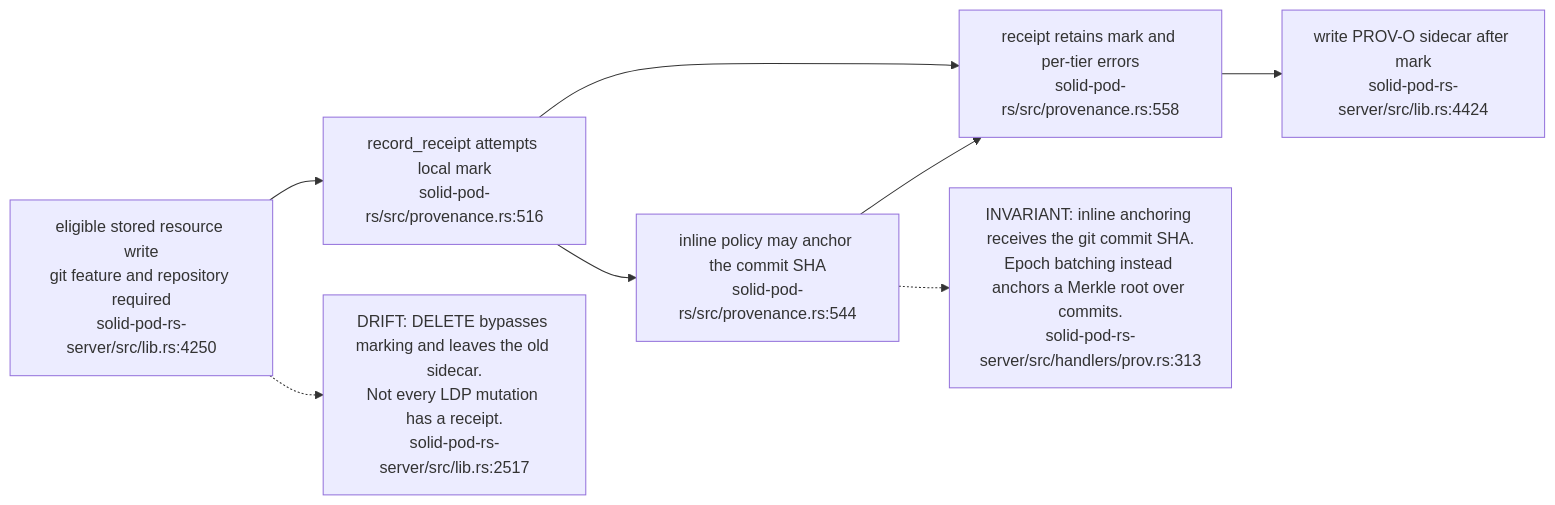
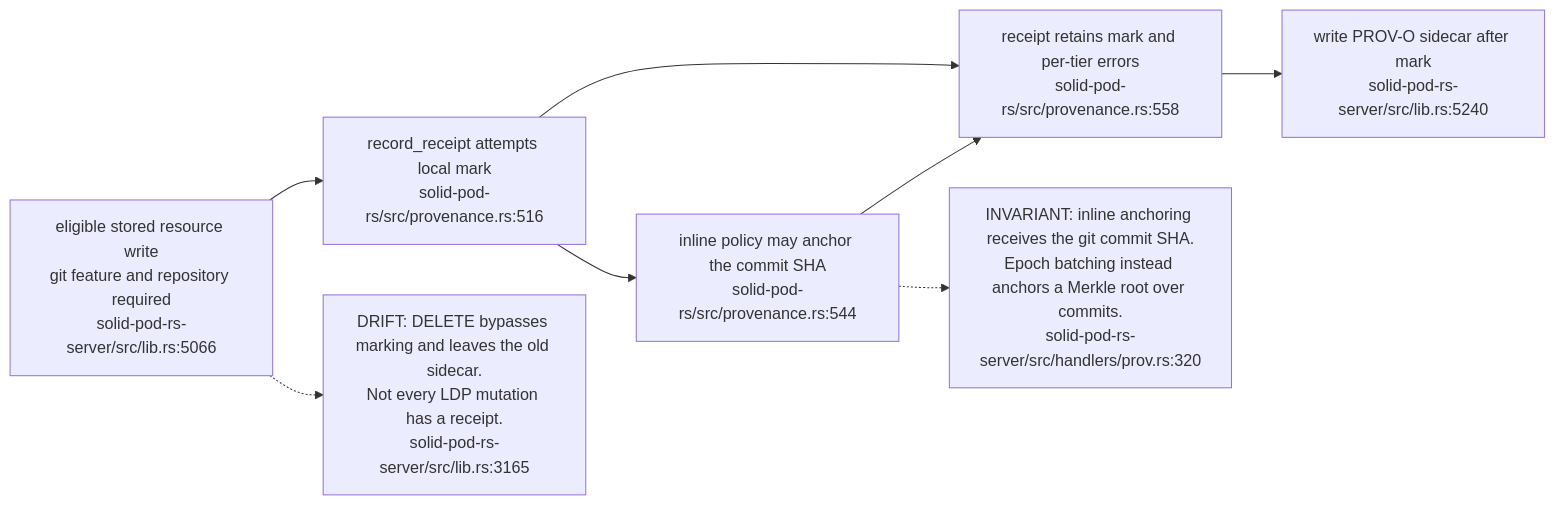
One commit to DreamLab-AI/VisionFlow changed the first of 19 diagrams in docs/diagrams/solid-pod-rs/07-provenance-and-payments.md. Above: the diagram before and after it, drawn with Mermaid. The commit also changed other lines of this file and 2 other files, not shown here.

First line of the commit message:
docs(diagrams): SP-07, SP-10, SP-15 re-verified at solid-pod-rs a28a748

````diff
--- a/docs/diagrams/solid-pod-rs/07-provenance-and-payments.md
+++ b/docs/diagrams/solid-pod-rs/07-provenance-and-payments.md
@@ -32,14 +34,14 @@
 ```mermaid
 flowchart LR
-    W["eligible stored resource write<br/>git feature and repository required<br/>solid-pod-rs-server/src/lib.rs:4250"]
+    W["eligible stored resource write<br/>git feature and repository required<br/>solid-pod-rs-server/src/lib.rs:5066"]
     GM["record_receipt attempts local mark<br/>solid-pod-rs/src/provenance.rs:516"]
     MK["receipt retains mark and per-tier errors<br/>solid-pod-rs/src/provenance.rs:558"]
     AN["inline policy may anchor the commit SHA<br/>solid-pod-rs/src/provenance.rs:544"]
-    SC["write PROV-O sidecar after mark<br/>solid-pod-rs-server/src/lib.rs:4424"]
+    SC["write PROV-O sidecar after mark<br/>solid-pod-rs-server/src/lib.rs:5240"]
     W --> GM --> MK --> SC
     GM --> AN --> MK
-    N["INVARIANT: inline anchoring receives the git commit SHA.<br/>Epoch batching instead anchors a Merkle root over commits.<br/>solid-pod-rs-server/src/handlers/prov.rs:313"]
+    N["INVARIANT: inline anchoring receives the git commit SHA.<br/>Epoch batching instead anchors a Merkle root over commits.<br/>solid-pod-rs-server/src/handlers/prov.rs:320"]
     AN -.-> N
-    D["DRIFT: DELETE bypasses marking and leaves the old sidecar.<br/>Not every LDP mutation has a receipt.<br/>solid-pod-rs-server/src/lib.rs:2517"]
+    D["DRIFT: DELETE bypasses marking and leaves the old sidecar.<br/>Not every LDP mutation has a receipt.<br/>solid-pod-rs-server/src/lib.rs:3165"]
     W -.-> D
 ```
````
